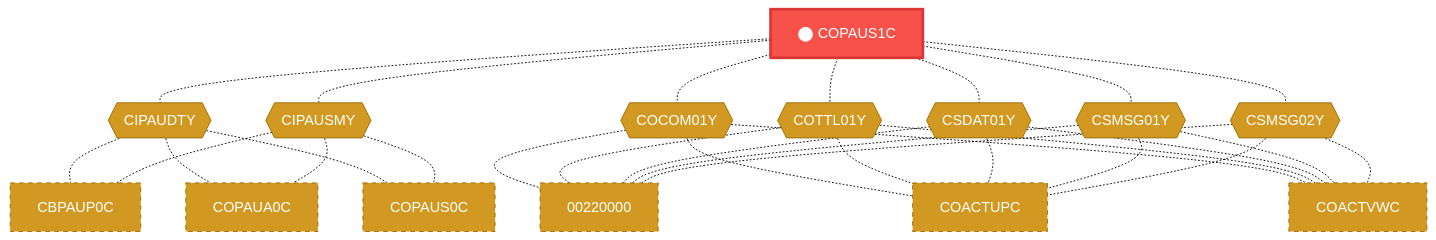
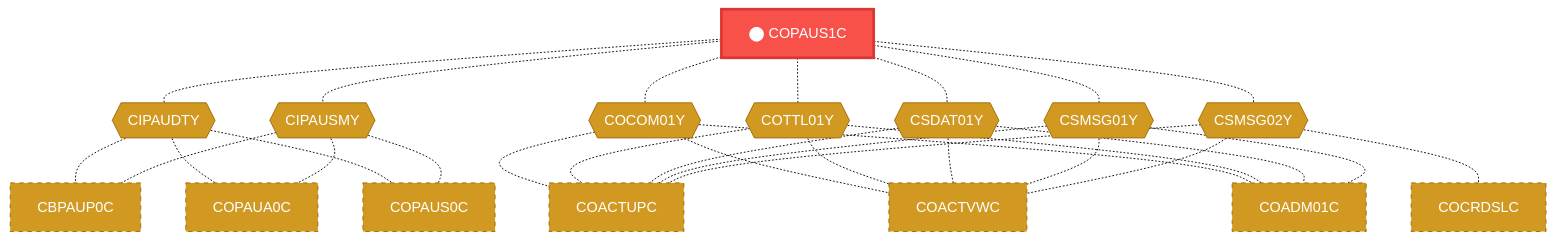
One commit to Arun973150/new_doc changed the first of 2 diagrams in Unisys_doc-main/doc_demo/docs/programs/COPAUS1C.md. Above: the diagram before and after it, drawn with Mermaid (forest theme). The commit also changed other lines of this file and 609 other files, not shown here.

````diff
--- a/Unisys_doc-main/doc_demo/docs/programs/COPAUS1C.md
+++ b/Unisys_doc-main/doc_demo/docs/programs/COPAUS1C.md
@@ -57,66 +57,66 @@
 ```mermaid
 flowchart TD
     COPAUS1C["⬤ COPAUS1C"]:::target
     CB_CIPAUDTY{{"CIPAUDTY"}}:::copybook
     COPAUS1C -.- CB_CIPAUDTY
     CBPAUP0C["CBPAUP0C"]:::coupled
     CB_CIPAUDTY -.- CBPAUP0C
     COPAUA0C["COPAUA0C"]:::coupled
     CB_CIPAUDTY -.- COPAUA0C
     COPAUS0C["COPAUS0C"]:::coupled
     CB_CIPAUDTY -.- COPAUS0C
     CB_CIPAUSMY{{"CIPAUSMY"}}:::copybook
     COPAUS1C -.- CB_CIPAUSMY
     CBPAUP0C["CBPAUP0C"]:::coupled
     CB_CIPAUSMY -.- CBPAUP0C
     COPAUA0C["COPAUA0C"]:::coupled
     CB_CIPAUSMY -.- COPAUA0C
     COPAUS0C["COPAUS0C"]:::coupled
     CB_CIPAUSMY -.- COPAUS0C
     CB_COCOM01Y{{"COCOM01Y"}}:::copybook
     COPAUS1C -.- CB_COCOM01Y
-    00220000["00220000"]:::coupled
-    CB_COCOM01Y -.- 00220000
     COACTUPC["COACTUPC"]:::coupled
     CB_COCOM01Y -.- COACTUPC
     COACTVWC["COACTVWC"]:::coupled
     CB_COCOM01Y -.- COACTVWC
+    COADM01C["COADM01C"]:::coupled
+    CB_COCOM01Y -.- COADM01C
     CB_COTTL01Y{{"COTTL01Y"}}:::copybook
     COPAUS1C -.- CB_COTTL01Y
-    00220000["00220000"]:::coupled
-    CB_COTTL01Y -.- 00220000
     COACTUPC["COACTUPC"]:::coupled
     CB_COTTL01Y -.- COACTUPC
     COACTVWC["COACTVWC"]:::coupled
     CB_COTTL01Y -.- COACTVWC
+    COADM01C["COADM01C"]:::coupled
+    CB_COTTL01Y -.- COADM01C
     CB_CSDAT01Y{{"CSDAT01Y"}}:::copybook
     COPAUS1C -.- CB_CSDAT01Y
-    00220000["00220000"]:::coupled
-    CB_CSDAT01Y -.- 00220000
     COACTUPC["COACTUPC"]:::coupled
     CB_CSDAT01Y -.- COACTUPC
     COACTVWC["COACTVWC"]:::coupled
     CB_CSDAT01Y -.- COACTVWC
+    COADM01C["COADM01C"]:::coupled
+    CB_CSDAT01Y -.- COADM01C
     CB_CSMSG01Y{{"CSMSG01Y"}}:::copybook
     COPAUS1C -.- CB_CSMSG01Y
-    00220000["00220000"]:::coupled
-    CB_CSMSG01Y -.- 00220000
     COACTUPC["COACTUPC"]:::coupled
     CB_CSMSG01Y -.- COACTUPC
     COACTVWC["COACTVWC"]:::coupled
     CB_CSMSG01Y -.- COACTVWC
+    COADM01C["COADM01C"]:::coupled
+    CB_CSMSG01Y -.- COADM01C
     CB_CSMSG02Y{{"CSMSG02Y"}}:::copybook
     COPAUS1C -.- CB_CSMSG02Y
-    00220000["00220000"]:::coupled
-    CB_CSMSG02Y -.- 00220000
     COACTUPC["COACTUPC"]:::coupled
     CB_CSMSG02Y -.- COACTUPC
     COACTVWC["COACTVWC"]:::coupled
     CB_CSMSG02Y -.- COACTVWC
+    COCRDSLC["COCRDSLC"]:::coupled
+    CB_CSMSG02Y -.- COCRDSLC
     classDef target fill:#f85149,stroke:#da3633,color:#fff,stroke-width:3px
     classDef caller fill:#58a6ff,stroke:#1f6feb,color:#fff
     classDef callee fill:#3fb950,stroke:#238636,color:#fff
     classDef copybook fill:#d29922,stroke:#9e6a03,color:#fff
     classDef coupled fill:#d29922,stroke:#9e6a03,color:#fff,stroke-dasharray:5
     classDef transitive fill:#484f58,stroke:#8b949e,color:#c9d1d9,stroke-dasharray:5
 ```
````
